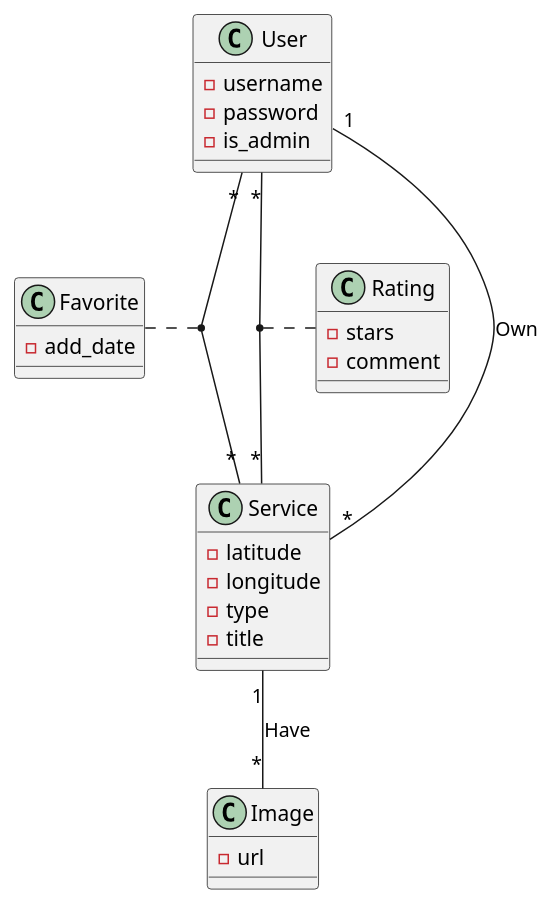
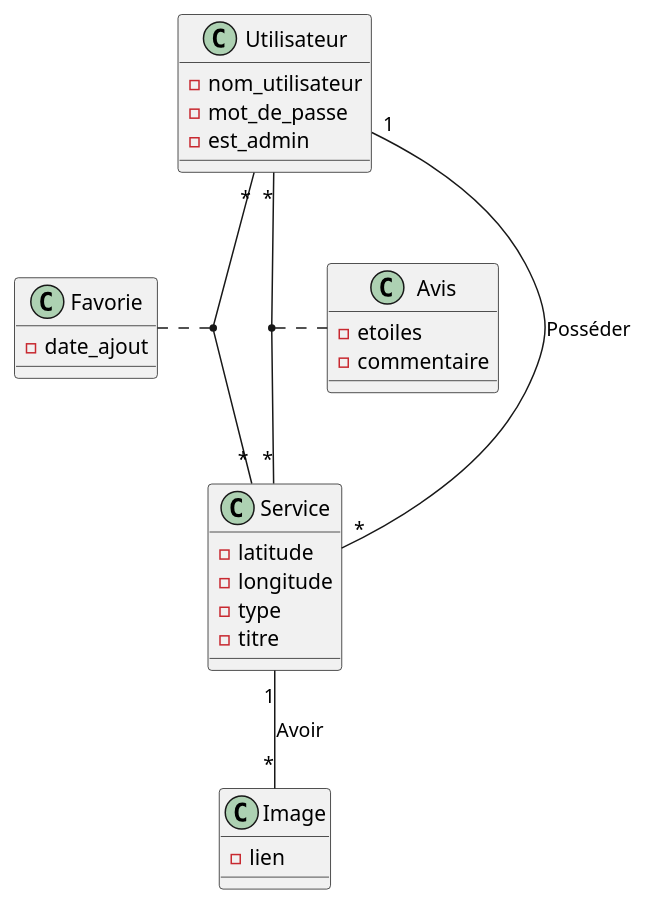
Before and after one commit to techguyseli/touristy: the diagram in rapport/uml/plantuml/class.pu, drawn with PlantUML. The commit also changed 10 other files, not shown here.

Commit message:
fixed all uml

```diff
--- a/rapport/uml/plantuml/class.pu
+++ b/rapport/uml/plantuml/class.pu
@@ -1,31 +1,31 @@
 @startuml class_diag
 
-class User
-User : -username
-User : -password
-User : -is_admin
-User "*" -- "*" Service
-(User, Service) . Favorite
-User "*" -- "*" Service
-(User, Service) . Rating
-User "1" -- "*" Service : Own
+class Utilisateur
+Utilisateur : -nom_utilisateur
+Utilisateur : -mot_de_passe
+Utilisateur : -est_admin
+Utilisateur "*" -- "*" Service
+(Utilisateur, Service) . Favorie
+Utilisateur "*" -- "*" Service
+(Utilisateur, Service) . Avis
+Utilisateur "1" -- "*" Service : Posséder
 
 class Service
 Service : -latitude
 Service : -longitude
 Service : -type
-Service : -title
-Service "1" -- "*" Image : Have
+Service : -titre
+Service "1" -- "*" Image : Avoir
 
 class Image
-Image : -url
+Image : -lien
 
-class Favorite
-Favorite : -add_date
+class Favorie
+Favorie : -date_ajout
 
-class Rating
-Rating : -stars
-Rating : -comment
+class Avis
+Avis : -etoiles
+Avis : -commentaire
 
 
 @enduml
```
